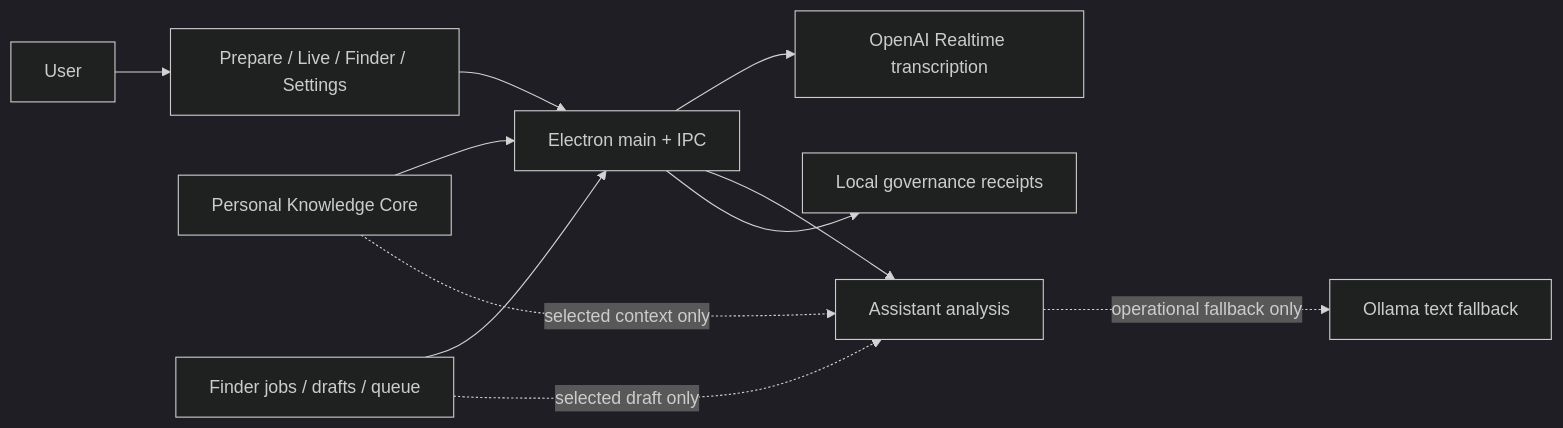
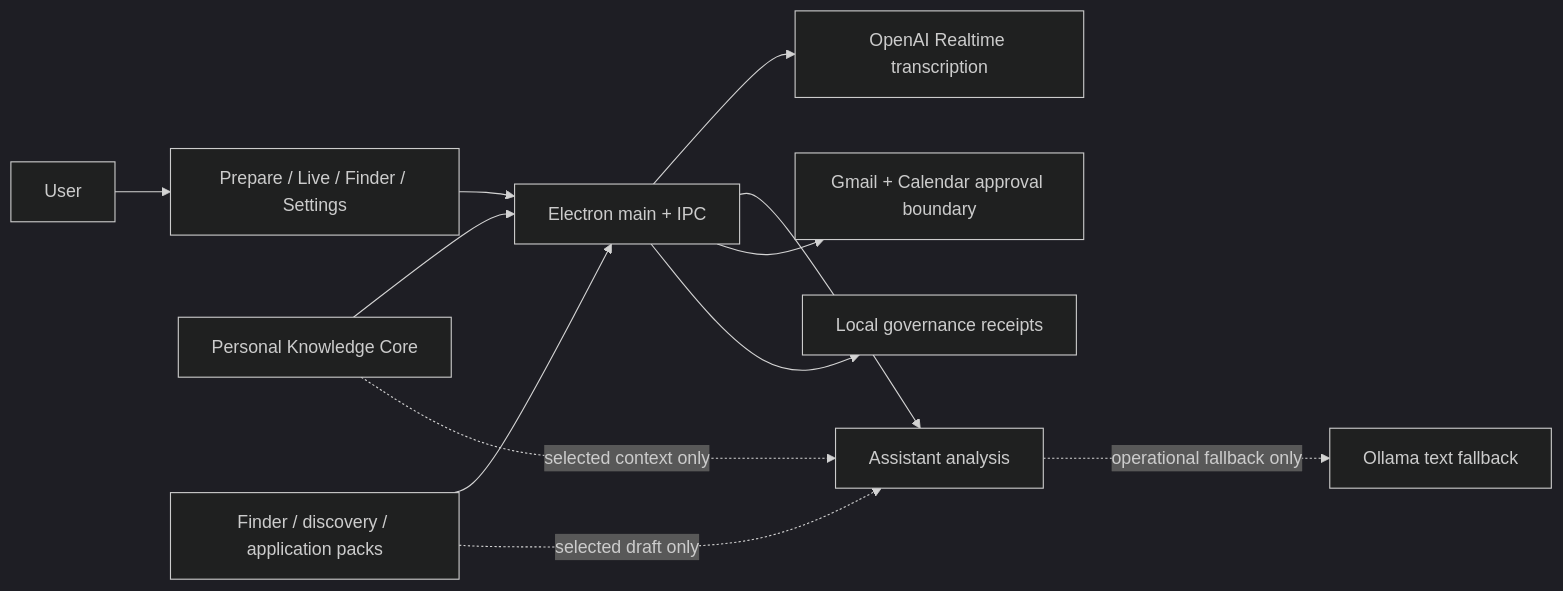
The diagram in README.md (markoblogo/CoqPi), drawn with Mermaid (dark theme) before and after one commit. The commit also changed other lines of this file and 25 other files, not shown here.

````diff
--- a/README.md
+++ b/README.md
@@ -179,23 +192,25 @@
 ```mermaid
 flowchart LR
   U["User"]
   UI["Prepare / Live / Finder / Settings"]
   IPC["Electron main + IPC"]
   RT["OpenAI Realtime transcription"]
   AS["Assistant analysis"]
   OL["Ollama text fallback"]
   PK["Personal Knowledge Core"]
-  FD["Finder jobs / drafts / queue"]
+  FD["Finder / discovery / application packs"]
+  GW["Gmail + Calendar approval boundary"]
   GOV["Local governance receipts"]
 
   U --> UI
   UI --> IPC
   IPC --> RT
   IPC --> AS
   AS -. "operational fallback only" .-> OL
   PK --> IPC
   FD --> IPC
+  IPC --> GW
   IPC --> GOV
   PK -. "selected context only" .-> AS
   FD -. "selected draft only" .-> AS
 ```
````
